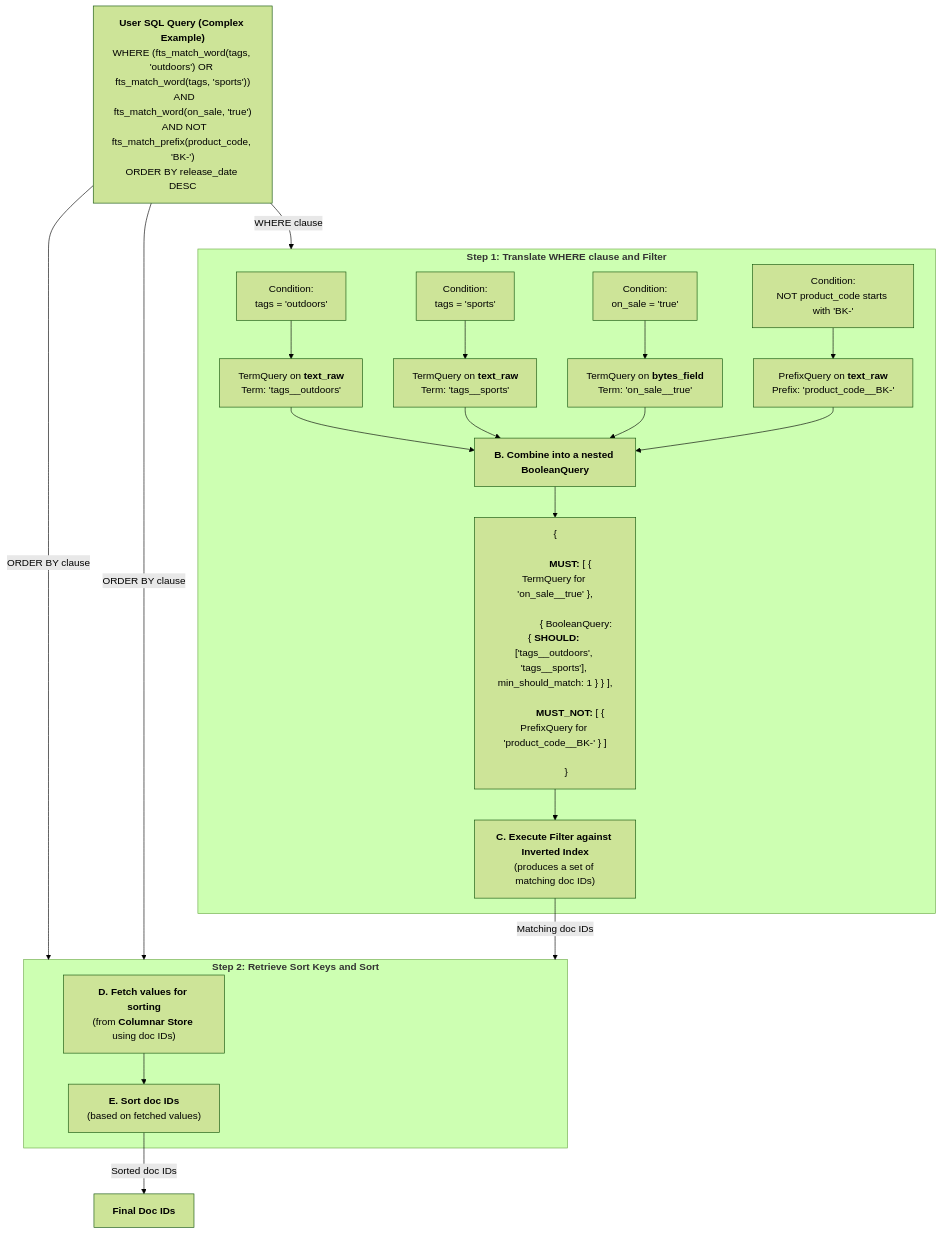
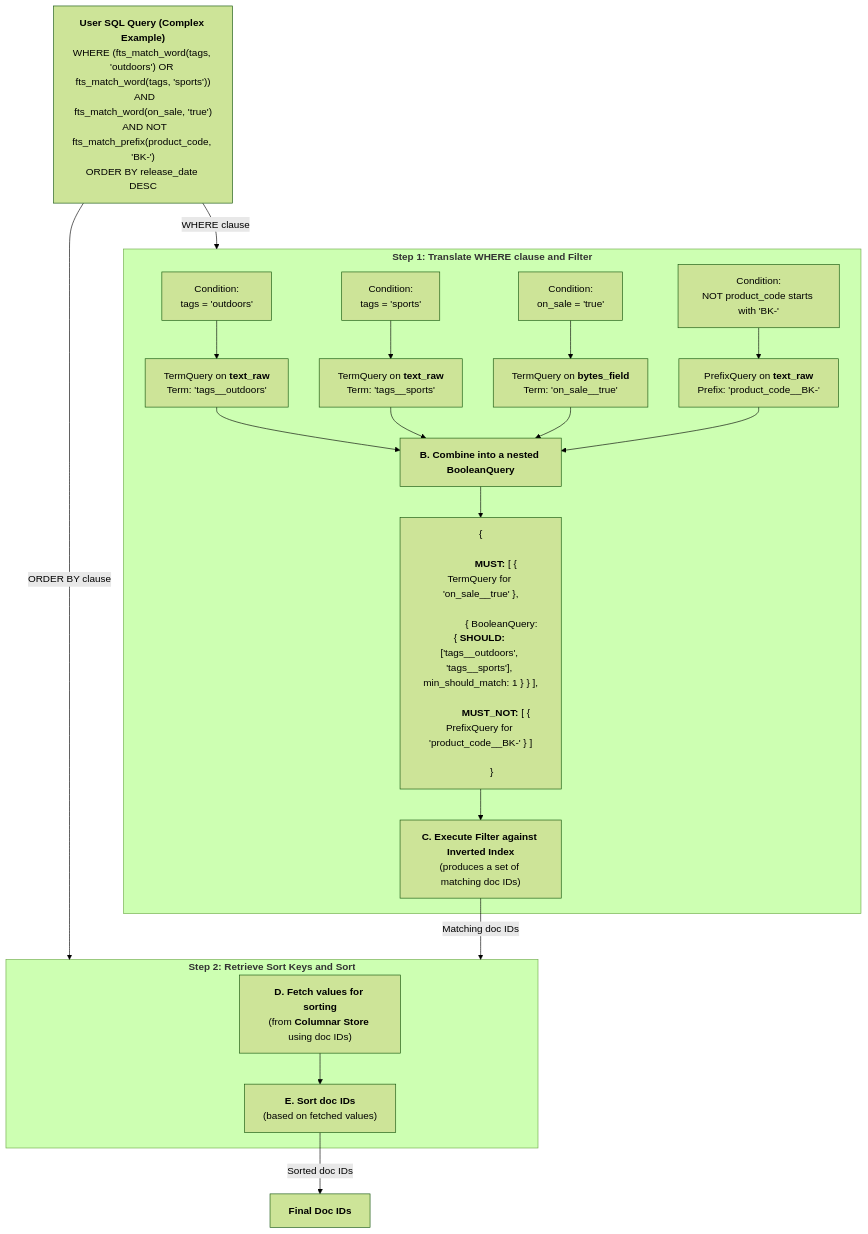
One commit to kolafish/tantivy changed the second of 3 diagrams in TiCI_JSON_Support_Proposal.md. Above: the diagram before and after it, drawn with Mermaid (forest theme). The commit also changed other lines of this file, not shown here.

````diff
--- a/TiCI_JSON_Support_Proposal.md
+++ b/TiCI_JSON_Support_Proposal.md
@@ -193,38 +192,37 @@
 ```mermaid
 graph TD
     A["<b>User SQL Query (Complex Example)</b><br/>WHERE (fts_match_word(tags, 'outdoors') OR fts_match_word(tags, 'sports'))<br/>  AND fts_match_word(on_sale, 'true')<br/>  AND NOT fts_match_prefix(product_code, 'BK-')<br/>ORDER BY release_date DESC"]
 
     A -- "WHERE clause" --> Step1_Subgraph
     A -- "ORDER BY clause" --> Step2_Subgraph
 
     subgraph Step1_Subgraph ["<b>Step 1: Translate WHERE clause and Filter</b>"]
         C["Condition:<br/>tags = 'outdoors'"] --> C_Out["TermQuery on <b>text_raw</b><br/>Term: 'tags__outdoors'"]
         D["Condition:<br/>tags = 'sports'"] --> D_Out["TermQuery on <b>text_raw</b><br/>Term: 'tags__sports'"]
         E["Condition:<br/>on_sale = 'true'"] --> E_Out["TermQuery on <b>bytes_field</b><br/>Term: 'on_sale__true'"]
         F["Condition:<br/>NOT product_code starts with 'BK-'"] --> F_Out["PrefixQuery on <b>text_raw</b><br/>Prefix: 'product_code__BK-'"]
 
         C_Out --> G["<b>B. Combine into a nested BooleanQuery</b>"]
         D_Out --> G
         E_Out --> G
         F_Out --> G
 
         G --> H["{<br/>
           &nbsp;&nbsp;<b>MUST:</b> [ { TermQuery for 'on_sale__true' },<br/>
             &nbsp;&nbsp;&nbsp;&nbsp;{ BooleanQuery: { <b>SHOULD:</b> ['tags__outdoors', 'tags__sports'], min_should_match: 1 } } ],<br/>
           &nbsp;&nbsp;<b>MUST_NOT:</b> [ { PrefixQuery for 'product_code__BK-' } ]<br/>
         }"]
         
         H --> I["<b>C. Execute Filter against Inverted Index</b><br/>(produces a set of matching doc IDs)"]
     end
 
-    A -- "ORDER BY clause" --> Step2_Subgraph
     I -- "Matching doc IDs" --> Step2_Subgraph
 
     subgraph Step2_Subgraph ["<b>Step 2: Retrieve Sort Keys and Sort</b>"]
         K["<b>D. Fetch values for sorting</b><br/>(from <b>Columnar Store</b> using doc IDs)"]
         L["<b>E. Sort doc IDs</b><br/>(based on fetched values)"]
         K --> L
     end
 
     L -- "Sorted doc IDs" --> J["<b>Final Doc IDs</b>"]
 ```
````
